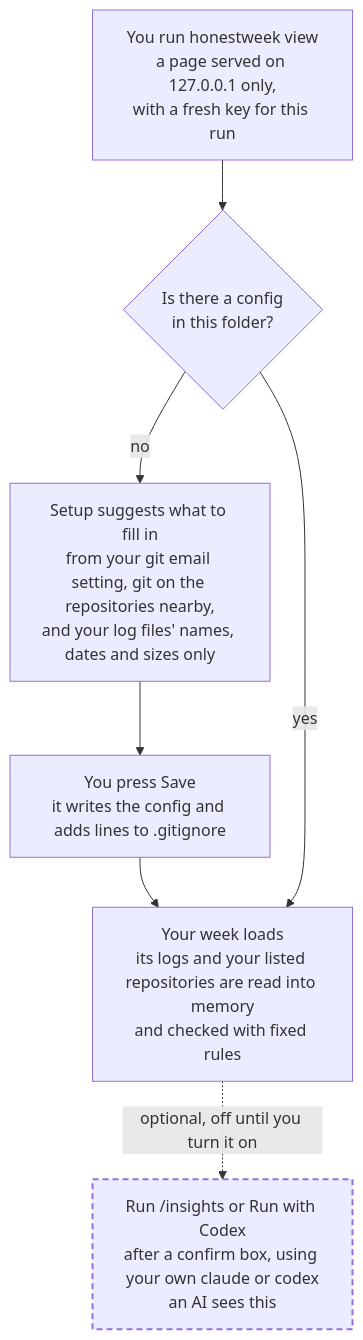
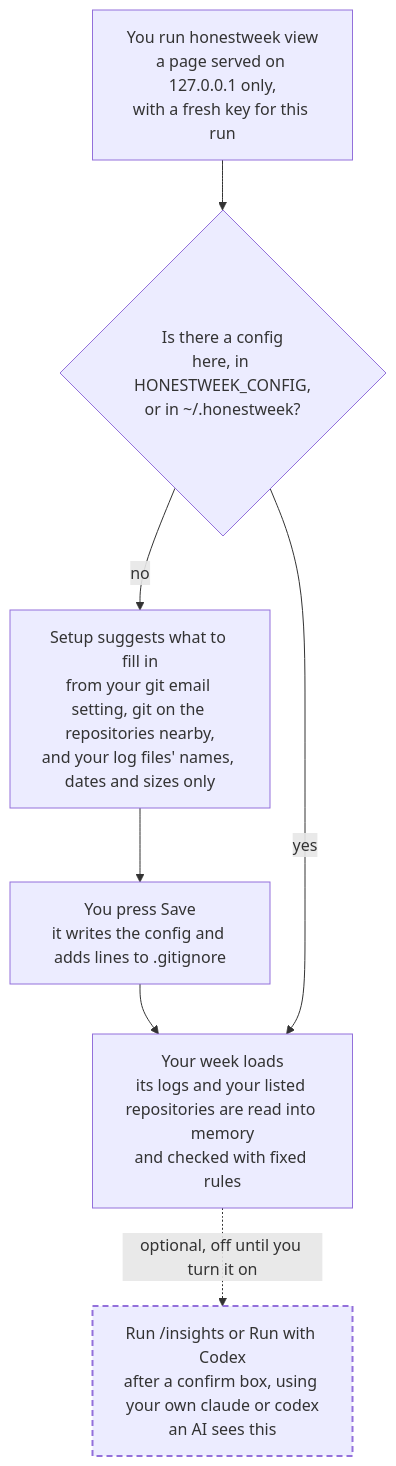
Before and after one commit to BryceEWatson/honestweek: the first of 2 diagrams in docs/where-your-data-goes.md, drawn with Mermaid. The commit also changed other lines of this file and 28 other files, not shown here.

First line of the commit message:
Find the config from any folder (#188)

````diff
--- a/docs/where-your-data-goes.md
+++ b/docs/where-your-data-goes.md
@@ -29,11 +29,11 @@
 ```mermaid
 flowchart TD
-  A["You run honestweek view<br/>a page served on 127.0.0.1 only,<br/>with a fresh key for this run"] --> B{"Is there a config<br/>in this folder?"}
+  A["You run honestweek view<br/>a page served on 127.0.0.1 only,<br/>with a fresh key for this run"] --> B{"Is there a config<br/>here, in HONESTWEEK_CONFIG,<br/>or in ~/.honestweek?"}
   B -->|no| C["Setup suggests what to fill in<br/>from your git email setting, git on the repositories nearby,<br/>and your log files' names, dates and sizes only"]
   C --> D["You press Save<br/>it writes the config and adds lines to .gitignore"]
   D --> E
   B -->|yes| E["Your week loads<br/>its logs and your listed repositories are read into memory<br/>and checked with fixed rules"]
   E -.->|optional, off until you turn it on| F["Run /insights or Run with Codex<br/>after a confirm box, using your own claude or codex<br/>an AI sees this"]
   classDef ai stroke-dasharray:6 4,stroke-width:2px
   class F ai
 ```
````
